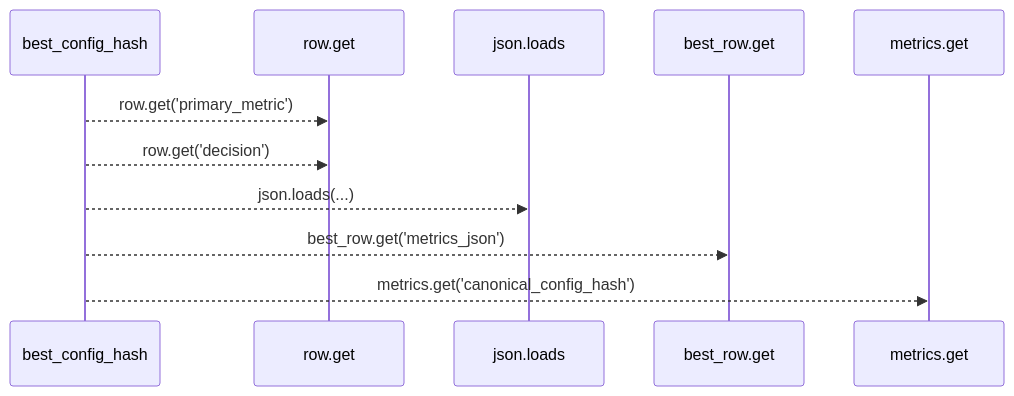
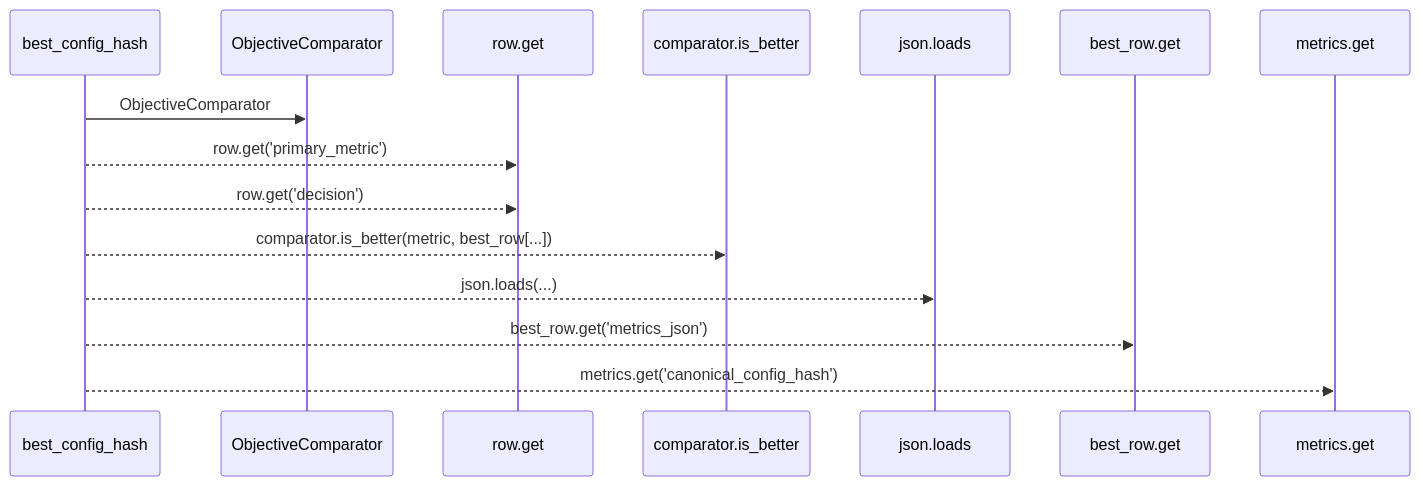
One commit to Denissvgn/autoresearch-agent changed the first of 2 diagrams in docs/llm_wiki/flows/api-best_config_hash.md. Above: the diagram before and after it, drawn with Mermaid. The commit also changed other lines of this file and 1033 other files, not shown here.

````diff
--- a/docs/llm_wiki/flows/api-best_config_hash.md
+++ b/docs/llm_wiki/flows/api-best_config_hash.md
@@ -12,13 +12,17 @@
 ```mermaid
 sequenceDiagram
     participant p0 as best_config_hash
-    participant p1 as row.get
-    participant p2 as json.loads
-    participant p3 as best_row.get
-    participant p4 as metrics.get
-    p0-->>p1: row.get('primary_metric')
-    p0-->>p1: row.get('decision')
-    p0-->>p2: json.loads(...)
-    p0-->>p3: best_row.get('metrics_json')
-    p0-->>p4: metrics.get('canonical_config_hash')
+    participant p1 as ObjectiveComparator
+    participant p2 as row.get
+    participant p3 as comparator.is_better
+    participant p4 as json.loads
+    participant p5 as best_row.get
+    participant p6 as metrics.get
+    p0->>p1: ObjectiveComparator
+    p0-->>p2: row.get('primary_metric')
+    p0-->>p2: row.get('decision')
+    p0-->>p3: comparator.is_better(metric, best_row[...])
+    p0-->>p4: json.loads(...)
+    p0-->>p5: best_row.get('metrics_json')
+    p0-->>p6: metrics.get('canonical_config_hash')
 ```
````
